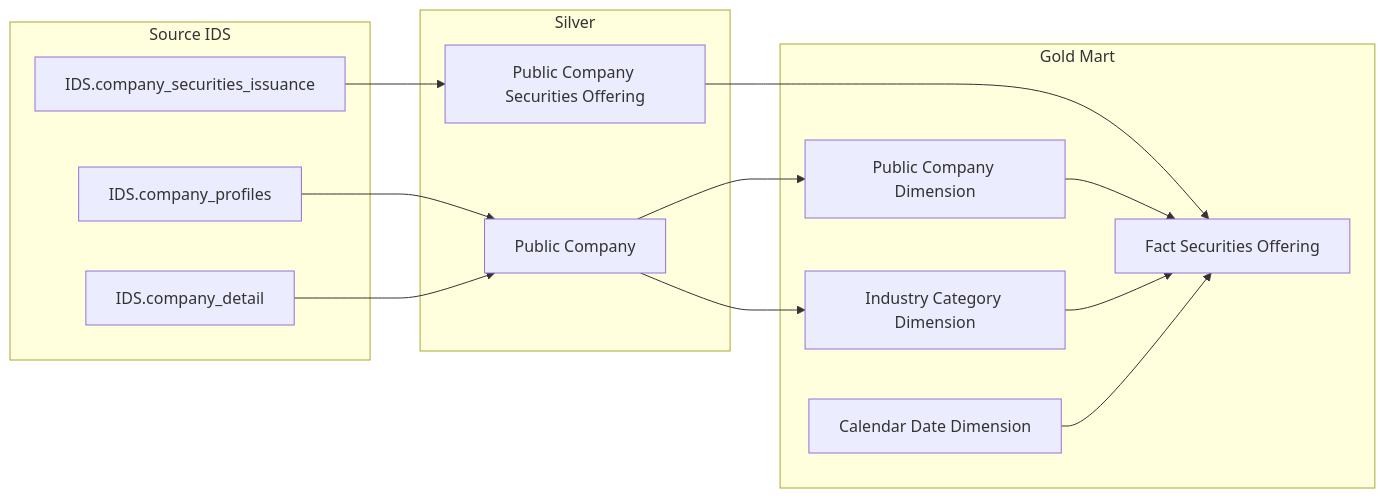
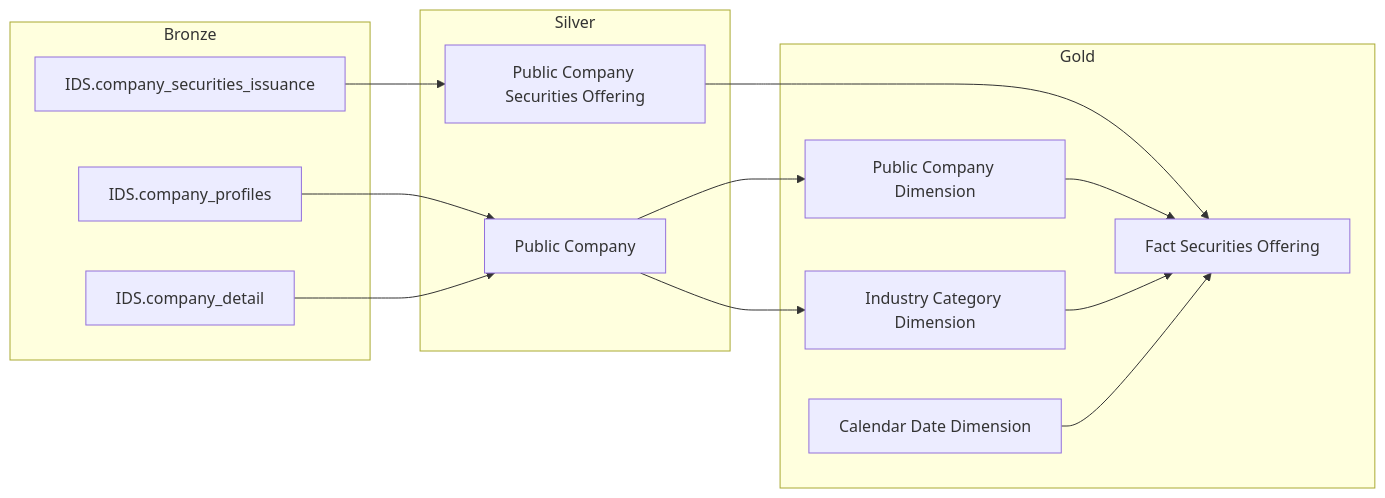
Before and after one commit to linhlvit/ubck_atomic_design: the first of 14 diagrams in Gold/hld/GOLD_QLCB_HLD.md, drawn with Mermaid. The commit also changed other lines of this file and 3 other files, not shown here.

````diff
--- a/Gold/hld/GOLD_QLCB_HLD.md
+++ b/Gold/hld/GOLD_QLCB_HLD.md
@@ -23,32 +23,32 @@
 ```mermaid
 flowchart LR
-    subgraph SRC_IDS["Source IDS"]
+    subgraph SRC_IDS["Bronze"]
         S1["IDS.company_securities_issuance"]
         S2["IDS.company_profiles"]
         S3["IDS.company_detail"]
     end
 
     subgraph SIL["Silver"]
         SV1["Public Company Securities Offering"]
         SV2["Public Company"]
     end
 
-    subgraph GOLD["Gold Mart"]
+    subgraph GOLD["Gold"]
         G1["Fact Securities Offering"]
         G2["Public Company Dimension"]
         G3["Industry Category Dimension"]
         G4["Calendar Date Dimension"]
     end
 
     S1 --> SV1
     S2 --> SV2
     S3 --> SV2
 
     SV1 --> G1
     SV2 --> G2
     SV2 --> G3
 
     G2 --> G1
     G3 --> G1
     G4 --> G1
 ```
````
